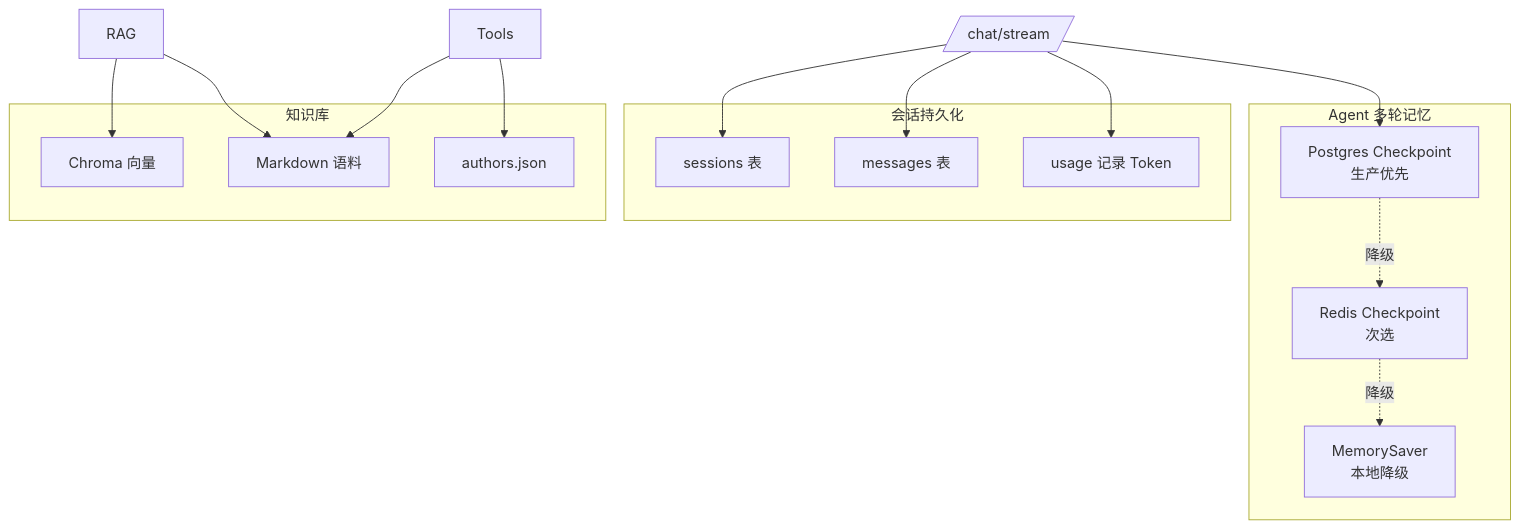
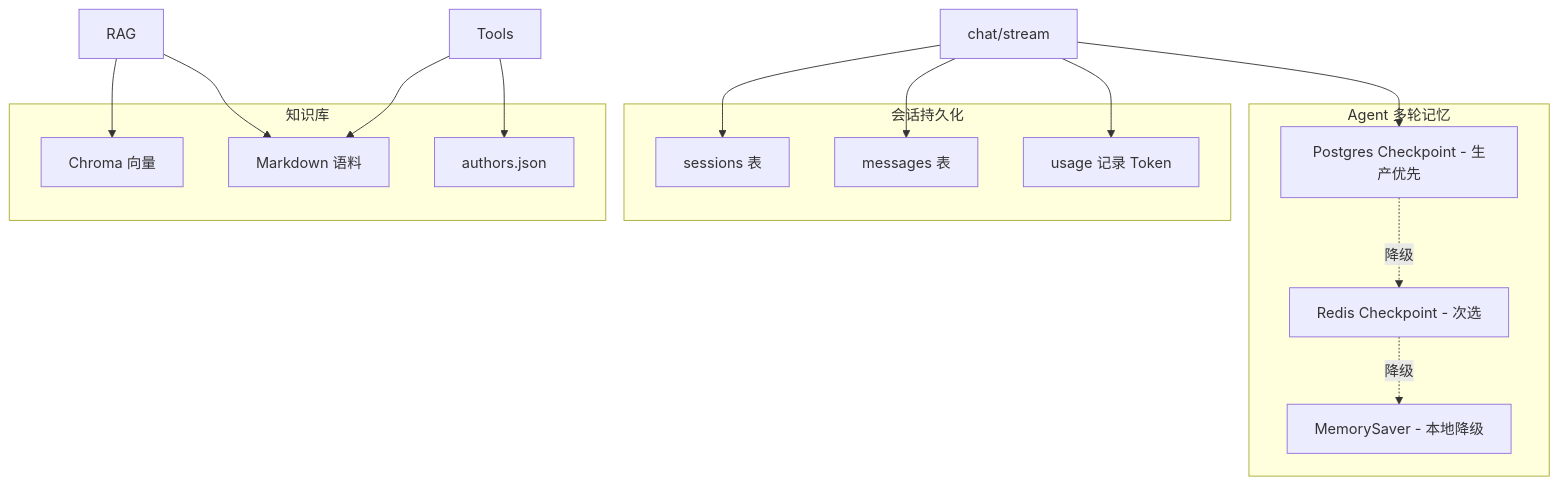
The sixth of 7 diagrams in docs/architecture.md (xiaduobao/poetryAgent), drawn with Mermaid before and after one commit. The commit also changed other lines of this file and 2 other files, not shown here.

````diff
--- a/docs/architecture.md
+++ b/docs/architecture.md
@@ -234,32 +234,32 @@
 ```mermaid
 flowchart TB
     subgraph Session["会话持久化"]
         Sessions[sessions 表]
         Messages[messages 表]
         Usage[usage 记录 Token]
     end
 
     subgraph Memory["Agent 多轮记忆"]
-        CP1[Postgres Checkpoint<br/>生产优先]
-        CP2[Redis Checkpoint<br/>次选]
-        CP3[MemorySaver<br/>本地降级]
+        CP1["Postgres Checkpoint - 生产优先"]
+        CP2["Redis Checkpoint - 次选"]
+        CP3["MemorySaver - 本地降级"]
     end
 
     subgraph Knowledge["知识库"]
         CorpusMD[Markdown 语料]
         ChromaDB[Chroma 向量]
         AuthorsJSON[authors.json]
     end
 
-    ChatAPI[/chat/stream/] --> Sessions
+    ChatAPI["chat/stream"] --> Sessions
     ChatAPI --> Messages
     ChatAPI --> Usage
     ChatAPI --> CP1
     CP1 -.降级.-> CP2
     CP2 -.降级.-> CP3
 
     RAG --> ChromaDB
     RAG --> CorpusMD
     Tools --> CorpusMD
     Tools --> AuthorsJSON
 ```
````
